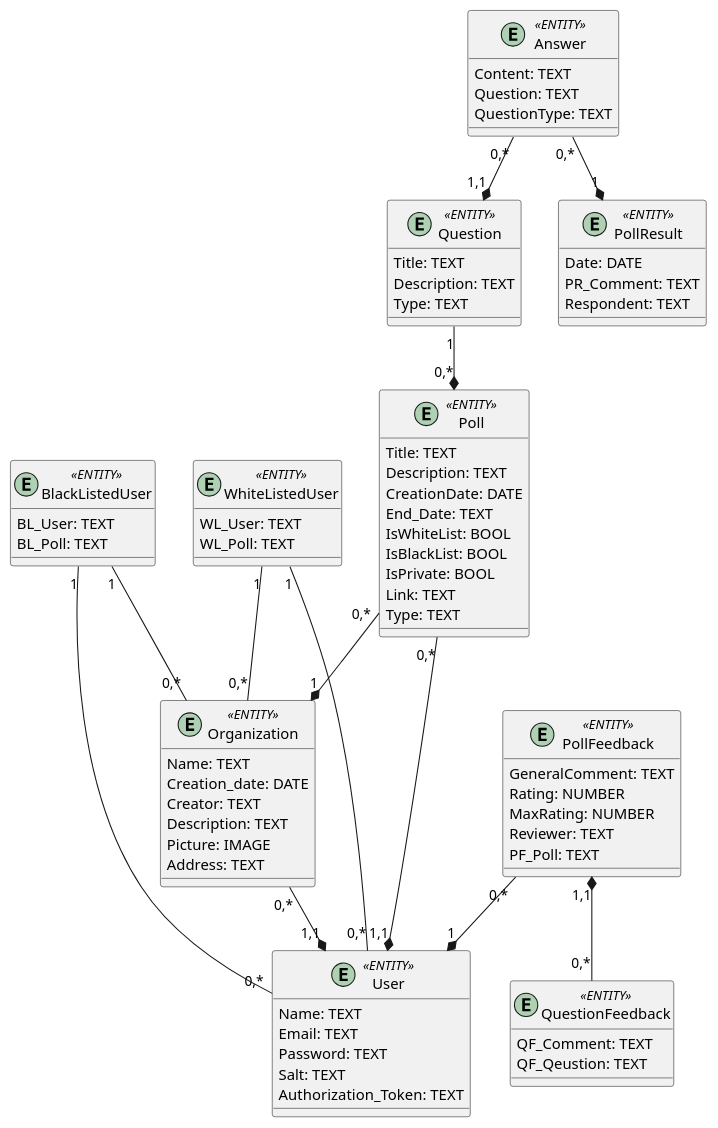
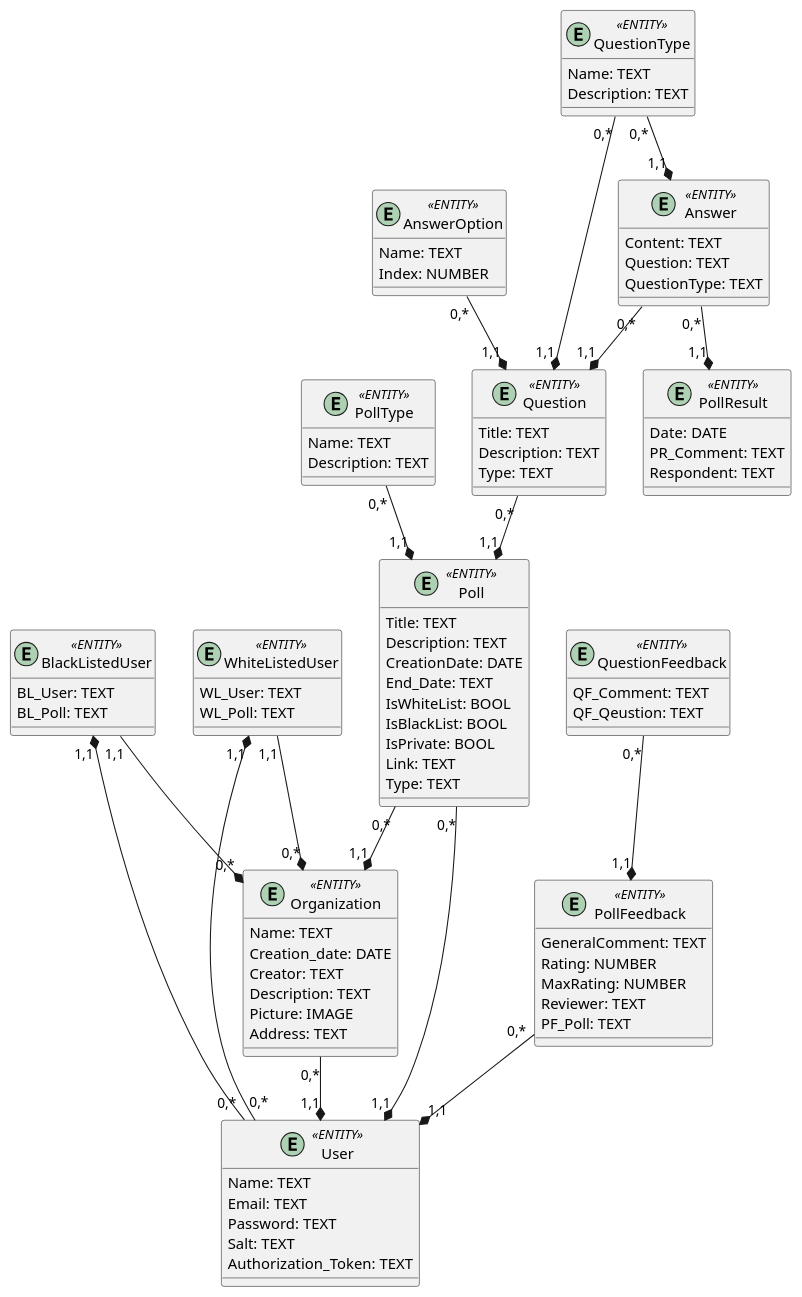
One commit to danilbezus/survey-expert changed the second of 2 diagrams in docs/design/README.md. Above: the diagram before and after it, drawn with PlantUML.

```diff
--- a/docs/design/README.md
+++ b/docs/design/README.md
@@ -171,6 +171,11 @@
     Description: TEXT
     Picture: IMAGE
     Address: TEXT
+}
+
+entity PollType <<ENTITY>>{
+    Name: TEXT
+    Description: TEXT
 }
 
 entity BlackListedUser <<ENTITY>>{
@@ -195,6 +200,15 @@
     Type: TEXT
 }
 
+entity QuestionType <<ENTITY>>{
+    Name: TEXT
+    Description: TEXT
+}
+
+entity AnswerOption <<ENTITY>>{
+    Name: TEXT
+    Index: NUMBER
+}
 entity Question <<ENTITY>>{
     Title: TEXT
     Description: TEXT
@@ -228,23 +242,27 @@
 
 Poll "0,*"--*"1,1" User
 Organization "0,*"--*"1,1" User
-PollFeedback "0,*"--*"1" User
+PollFeedback "0,*"--*"1,1" User
 
-Poll "0,*"--*"1" Organization
+Poll "0,*"--*"1,1" Organization
 
-BlackListedUser "1"--"0,*" User
-BlackListedUser "1"--"0,*" Organization
+BlackListedUser "1,1"*--"0,*" User
+BlackListedUser "1,1"--*"0,*" Organization
 
-WhiteListedUser "1"--"0,*" User
-WhiteListedUser "1"--"0,*" Organization
+WhiteListedUser "1,1"*--"0,*" User
+WhiteListedUser "1,1"--*"0,*" Organization
 
 
-Question "1"--*"0,*" Poll
+Question "0,*"--*"1,1" Poll
 
 Answer "0,*"--*"1,1" Question
-Answer "0,*"--*"1" PollResult
+Answer "0,*"--*"1,1" PollResult
 
+AnswerOption "0,*"--*"1,1" Question
+PollType "0,*"-d-*"1,1" Poll
+QuestionType "0,*"--*"1,1" Question
+QuestionType "0,*"--*"1,1" Answer
 
-QuestionFeedback "0,*"-u-*"1,1" PollFeedback
+QuestionFeedback "0,*"--*"1,1" PollFeedback
 
 @enduml
```
